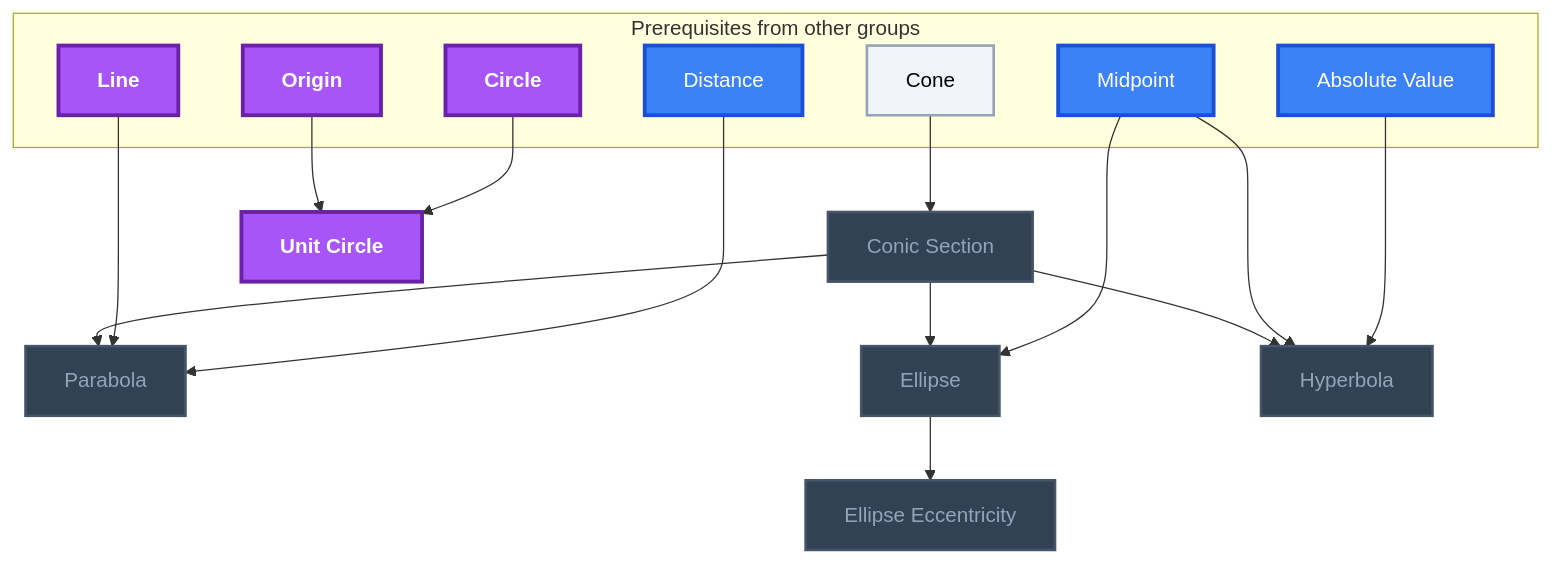
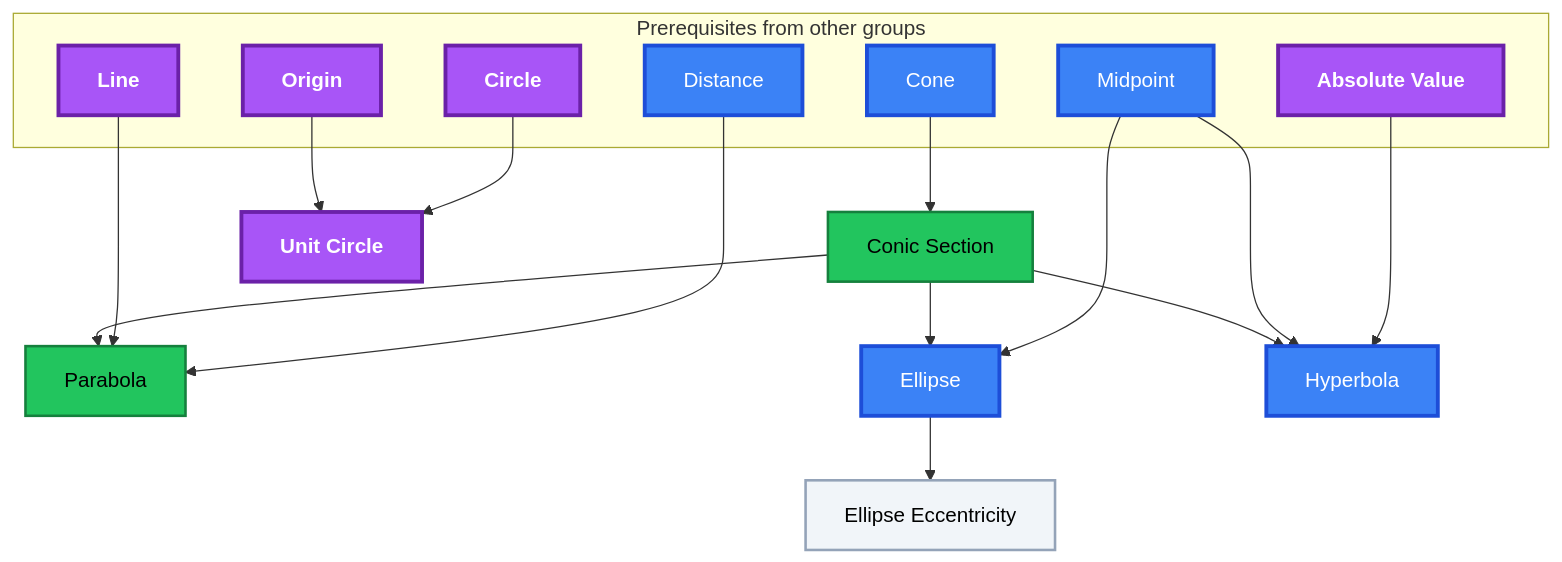
The seventh of 11 diagrams in Gamification/Skill Trees/Pre-Calculus.md (MRauf1/My-Notes), drawn with Mermaid before and after one commit. The commit also changed other lines of this file and 145 other files, not shown here.

````diff
--- a/Gamification/Skill Trees/Pre-Calculus.md
+++ b/Gamification/Skill Trees/Pre-Calculus.md
@@ -512,44 +511,44 @@
 ```mermaid
 flowchart TD
     classDef planned fill:#1E293B,stroke:#64748B,stroke-width:2px,stroke-dasharray:5 5,color:#94A3B8;
     classDef locked fill:#334155,stroke:#475569,stroke-width:2px,color:#94A3B8;
     classDef L0 fill:#F1F5F9,stroke:#94A3B8,stroke-width:2px,color:#000000;
     classDef L1 fill:#22C55E,stroke:#15803D,stroke-width:2px,color:#000000;
     classDef L2 fill:#3B82F6,stroke:#1D4ED8,stroke-width:3px,color:#FFFFFF;
     classDef L3 fill:#A855F7,stroke:#6B21A8,stroke-width:3px,color:#FFFFFF,font-weight:bold;
     classDef L4 fill:#F97316,stroke:#C2410C,stroke-width:4px,color:#000000,font-weight:bold;
     classDef L5 fill:#FFD700,stroke:#FF8C00,stroke-width:5px,color:#000000,font-weight:bold;
     classDef rusty stroke:#8B4513,stroke-width:4px,stroke-dasharray:3 3;
     subgraph sg_prereqs["Prerequisites from other groups"]
         n_cone["Cone"]
         n_circle["Circle"]
         n_origin["Origin"]
         n_distance["Distance"]
         n_line["Line"]
         n_midpoint["Midpoint"]
         n_absolute_value["Absolute Value"]
     end
     n_conic_section["Conic Section"]
     n_unit_circle["Unit Circle"]
     n_parabola["Parabola"]
     n_ellipse["Ellipse"]
     n_ellipse_eccentricity["Ellipse Eccentricity"]
     n_hyperbola["Hyperbola"]
     n_cone --> n_conic_section
     n_circle --> n_unit_circle
     n_origin --> n_unit_circle
     n_distance --> n_parabola
     n_line --> n_parabola
     n_conic_section --> n_parabola
     n_midpoint --> n_ellipse
     n_conic_section --> n_ellipse
     n_ellipse --> n_ellipse_eccentricity
     n_absolute_value --> n_hyperbola
     n_midpoint --> n_hyperbola
     n_conic_section --> n_hyperbola
-    class n_conic_section,n_parabola,n_ellipse,n_ellipse_eccentricity,n_hyperbola locked;
-    class n_cone L0;
-    class n_distance,n_midpoint,n_absolute_value L2;
-    class n_circle,n_origin,n_line,n_unit_circle L3;
+    class n_ellipse_eccentricity L0;
+    class n_conic_section,n_parabola L1;
+    class n_cone,n_distance,n_midpoint,n_ellipse,n_hyperbola L2;
+    class n_circle,n_origin,n_line,n_absolute_value,n_unit_circle L3;
     class n_cone,n_circle,n_origin,n_distance,n_line,n_midpoint,n_absolute_value,n_conic_section,n_unit_circle,n_parabola,n_ellipse,n_ellipse_eccentricity,n_hyperbola internal-link;
 ```
````
